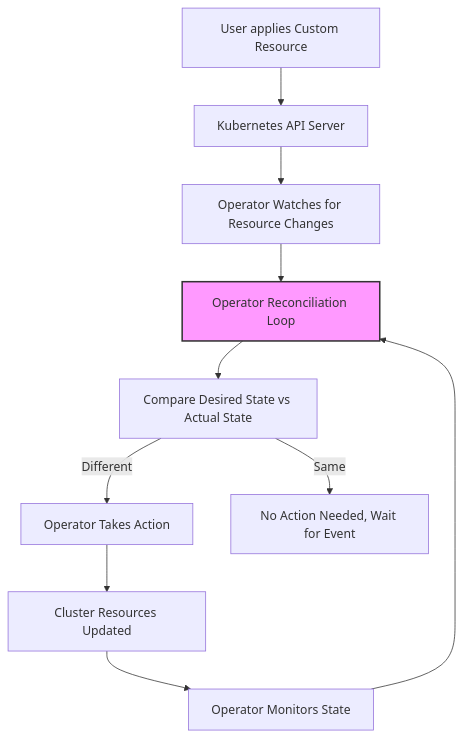
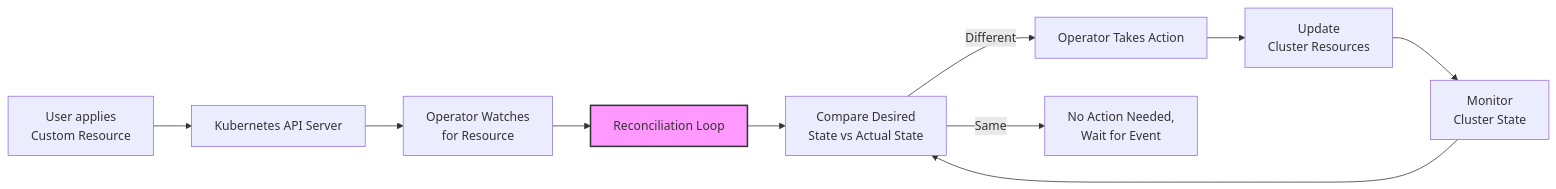
One commit to dasmlab/operator-tuto changed the diagram in README.md. Above: the diagram before and after it, drawn with Mermaid. The commit also changed 1 other file, not shown here.

````diff
--- a/README.md
+++ b/README.md
@@ -28,14 +28,14 @@
 ```mermaid
-flowchart TD
-    A[User applies Custom Resource] --> B[Kubernetes API Server]
-    B --> C[Operator Watches for Resource Changes]
-    C --> D[Operator Reconciliation Loop]
-    D --> E[Compare Desired State vs Actual State]
+flowchart LR
+    A[User applies<br>Custom Resource] --> B[Kubernetes API Server]
+    B --> C[Operator Watches<br>for Resource]
+    C --> D[Reconciliation Loop]
+    D --> E[Compare Desired<br>State vs Actual State]
     E -- Different --> F[Operator Takes Action]
-    F --> G[Cluster Resources Updated]
-    G --> H[Operator Monitors State]
-    H --> D
-    E -- Same --> I[No Action Needed, Wait for Event]
+    F --> G[Update<br>Cluster Resources]
+    G --> H[Monitor<br>Cluster State]
+    H --> E
+    E -- Same --> I[No Action Needed,<br>Wait for Event]
 
     style D fill:#f9f,stroke:#333,stroke-width:2px
 ```
````
